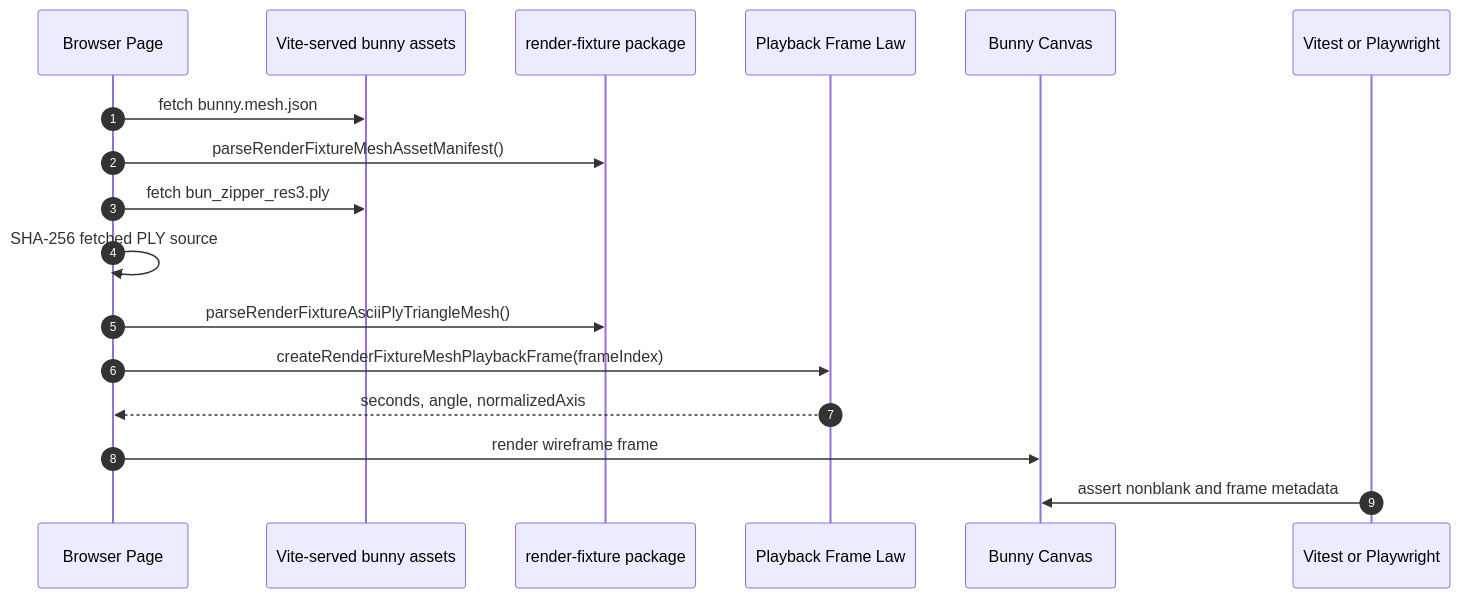
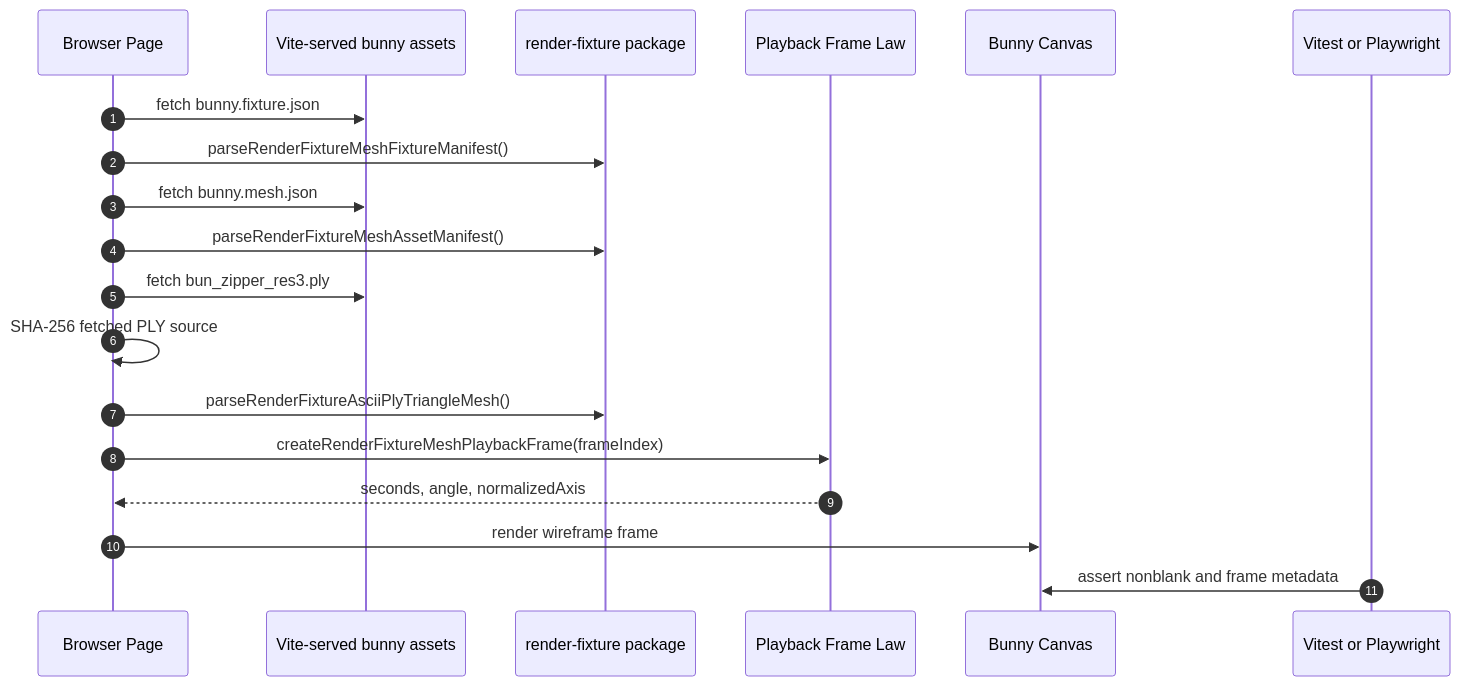
Diagram 15 of 26 in docs/end-to-end.md (flyingrobots/geordi), drawn with Mermaid before and after one commit. The commit also changed other lines of this file and 11 other files, not shown here.

Commit message:
Fix: Share bunny render descriptor across demos

````diff
--- a/docs/end-to-end.md
+++ b/docs/end-to-end.md
@@ -759,20 +766,22 @@
 ```mermaid
 sequenceDiagram
   autonumber
   participant Page as Browser Page
   participant Assets as Vite-served bunny assets
   participant Fixture as render-fixture package
   participant Playback as Playback Frame Law
   participant Canvas as Bunny Canvas
   participant Gate as Vitest or Playwright
 
+  Page->>Assets: fetch bunny.fixture.json
+  Page->>Fixture: parseRenderFixtureMeshFixtureManifest()
   Page->>Assets: fetch bunny.mesh.json
   Page->>Fixture: parseRenderFixtureMeshAssetManifest()
   Page->>Assets: fetch bun_zipper_res3.ply
   Page->>Page: SHA-256 fetched PLY source
   Page->>Fixture: parseRenderFixtureAsciiPlyTriangleMesh()
   Page->>Playback: createRenderFixtureMeshPlaybackFrame(frameIndex)
   Playback-->>Page: seconds, angle, normalizedAxis
   Page->>Canvas: render wireframe frame
   Gate->>Canvas: assert nonblank and frame metadata
 ```
````
